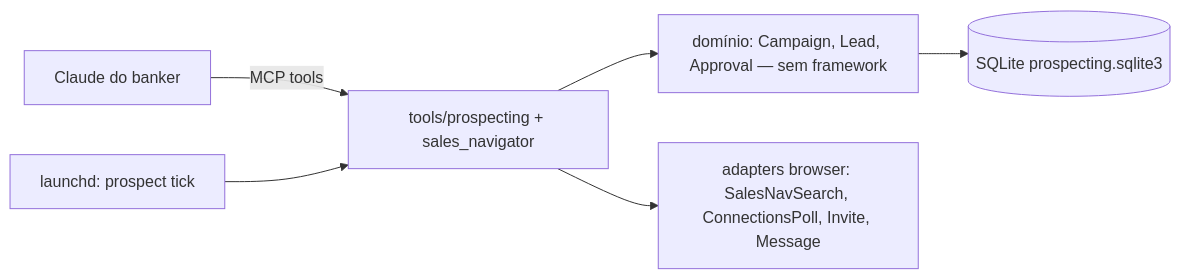
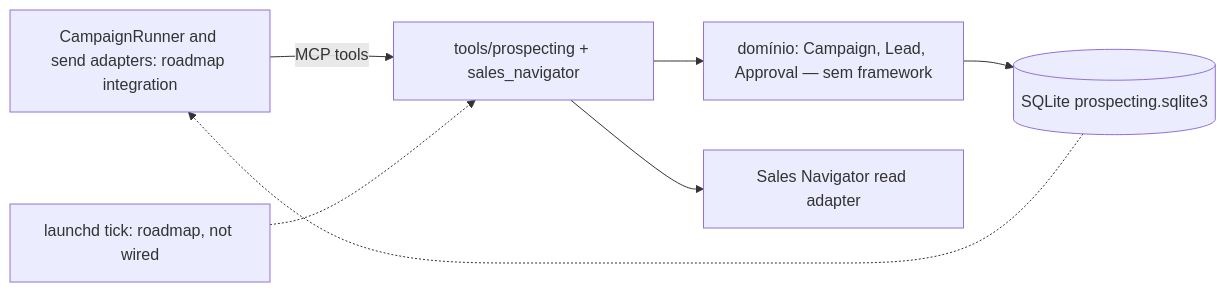
One commit to vcouylftm25/linkedin-mcp-server changed the diagram in docs/sdd-feature-prospeccao-sales-navigator.md. Above: the diagram before and after it, drawn with Mermaid. The commit also changed other lines of this file and 22 other files, not shown here.

````diff
--- a/docs/sdd-feature-prospeccao-sales-navigator.md
+++ b/docs/sdd-feature-prospeccao-sales-navigator.md
@@ -73,8 +70,9 @@
 ```mermaid
 flowchart LR
   C[Claude do banker] -->|MCP tools| T[tools/prospecting + sales_navigator]
   T --> D[domínio: Campaign, Lead, Approval — sem framework]
   D --> R[(SQLite prospecting.sqlite3)]
-  T --> B[adapters browser: SalesNavSearch, ConnectionsPoll, Invite, Message]
-  L[launchd: prospect tick] --> T
+  T --> B[Sales Navigator read adapter]
+  L[launchd tick: roadmap, not wired] -.-> T
+  R -.-> C[CampaignRunner and send adapters: roadmap integration]
 ```
````
